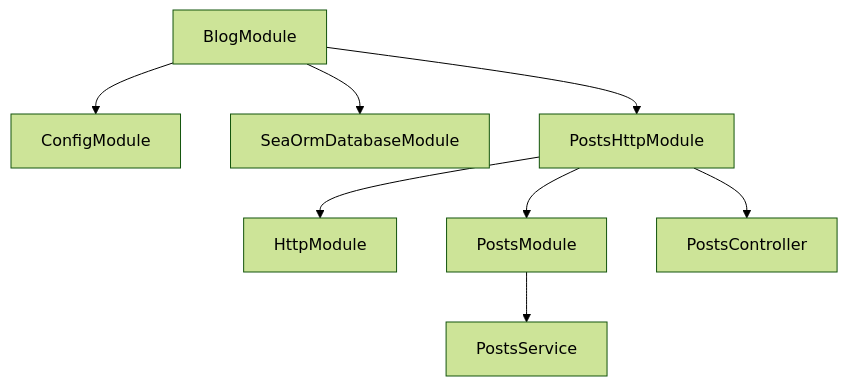
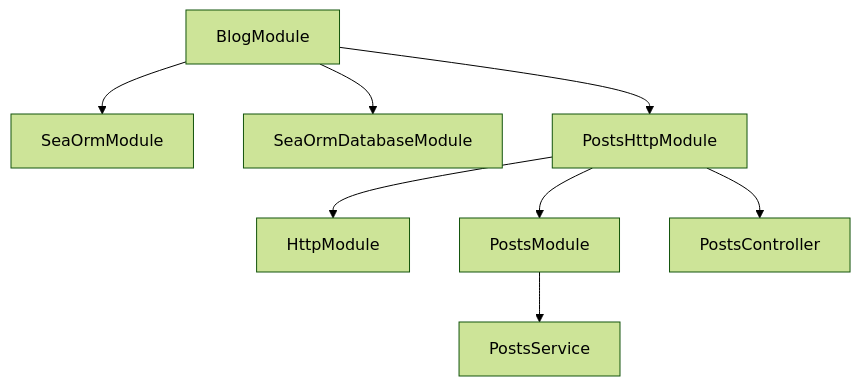
The third of 4 diagrams in docs/src/content/docs/fundamentals/modules.mdx (YV17labs/NestRS), drawn with Mermaid (forest theme) before and after one commit. The commit also changed other lines of this file and 49 other files, not shown here.

````diff
--- a/docs/src/content/docs/fundamentals/modules.mdx
+++ b/docs/src/content/docs/fundamentals/modules.mdx
@@ -246,11 +245,11 @@
 ```mermaid
 flowchart TB
   BM[BlogModule]
-  BM --> CM[ConfigModule]
+  BM --> SM[SeaOrmModule]
   BM --> DM[SeaOrmDatabaseModule]
   BM --> PHM[PostsHttpModule]
   PHM --> HM[HttpModule]
   PHM --> PM[PostsModule]
   PM --> PS[PostsService]
   PHM --> PC[PostsController]
 ```
````
